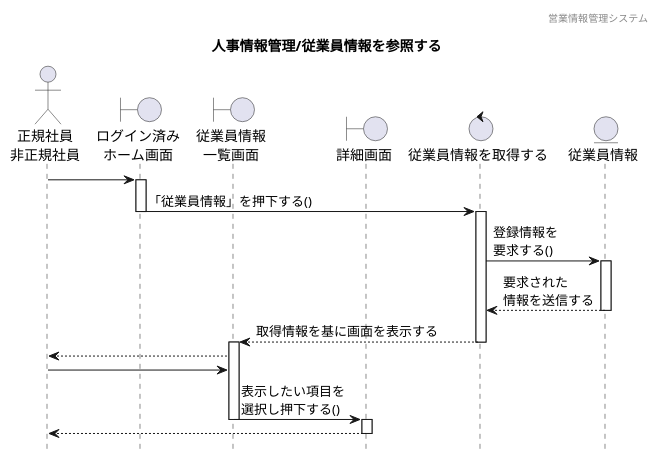
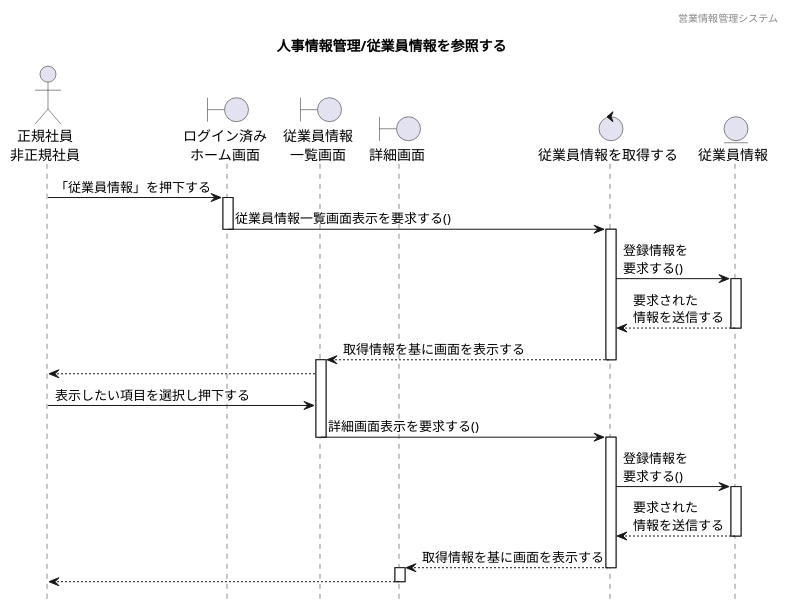
The diagram in 各種設計書/4シーケンス図/人事情報管理/1.従業員情報参照/従業員情報参照_未.plantuml (HaruShim/Sotuken), drawn with PlantUML before and after one commit.

```diff
--- a/各種設計書/4シーケンス図/人事情報管理/1.従業員情報参照/従業員情報参照_未.plantuml
+++ b/各種設計書/4シーケンス図/人事情報管理/1.従業員情報参照/従業員情報参照_未.plantuml
@@ -1,47 +1,54 @@
 @startuml シーケンス図
 
 hide footbox
 header 営業情報管理システム
 title 人事情報管理/従業員情報を参照する
 
 
 
 ' actor "" as 
 actor "正規社員\n非正規社員" as a1
 
 ' boundary "" as 
 boundary "ログイン済み\nホーム画面" as b1
 boundary "従業員情報\n一覧画面" as b2
 boundary "詳細画面" as b3
 
 ' control "" as 
 control "従業員情報を取得する" as c1
 
 ' entity "" as
 entity "従業員情報" as e1
 
 ' 長谷川
 
-a1 -> b1
+a1 -> b1 : 「従業員情報」を押下する
 activate b1
-b1 -> c1 : 「従業員情報」を押下する()
+b1 -> c1 : 従業員情報一覧画面表示を要求する()
 deactivate
 activate c1
 c1 -> e1 : 登録情報を\n要求する() 
 activate e1
 e1 --> c1 : 要求された\n情報を送信する
 deactivate
 b2 <-- c1 : 取得情報を基に画面を表示する
 deactivate
 activate b2
 a1 <-- b2
-a1 -> b2
-b2 -> b3 : 表示したい項目を\n選択し押下する()
+a1 -> b2 : 表示したい項目を選択し押下する
+b2 -> c1 : 詳細画面表示を要求する()
+deactivate
+activate c1
+c1 -> e1 : 登録情報を\n要求する() 
+activate e1
+e1 --> c1 : 要求された\n情報を送信する
+deactivate
+b3 <-- c1 : 取得情報を基に画面を表示する
 deactivate
 activate b3
 a1 <-- b3
 deactivate
 
 
 
 @enduml
```
